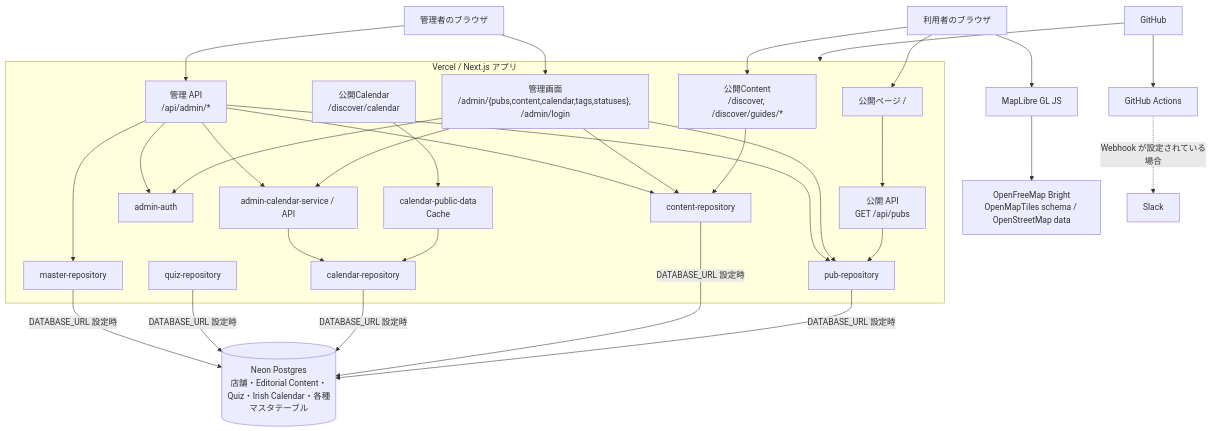
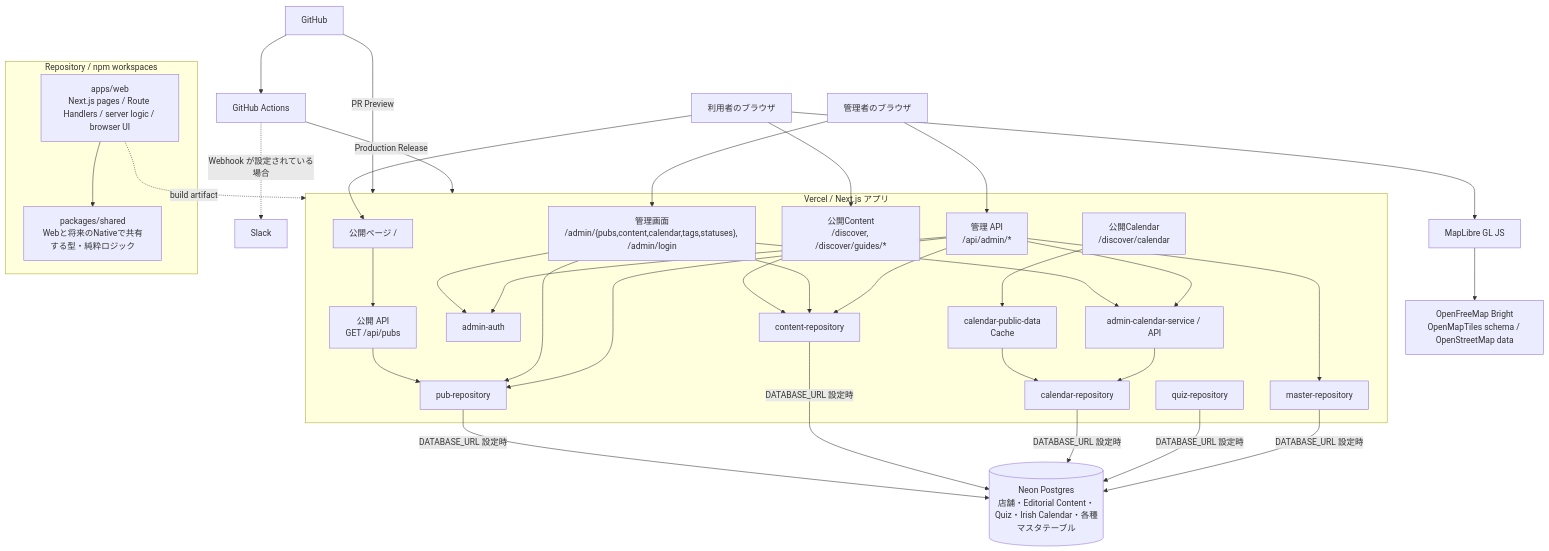
Before and after one commit to yusukefr/irishpub-map: the diagram in docs/architecture/system-overview.md, drawn with Mermaid. The commit also changed other lines of this file and 5 other files, not shown here.

First line of the commit message:
[Docs] Architecture・テスト・開発運用文書をMobile準備に同期 (#667)

````diff
--- a/docs/architecture/system-overview.md
+++ b/docs/architecture/system-overview.md
@@ -7,62 +7,71 @@
 ```mermaid
 flowchart TB
   visitor[利用者のブラウザ]
   administrator[管理者のブラウザ]
   maplibre[MapLibre GL JS]
   mapProvider[OpenFreeMap Bright<br/>OpenMapTiles schema / OpenStreetMap data]
   github[GitHub]
   actions[GitHub Actions]
   slack[Slack]
 
   subgraph vercel[Vercel / Next.js アプリ]
     publicPage["公開ページ /"]
     contentPage["公開Content<br/>/discover, /discover/guides/*"]
     calendarPage["公開Calendar<br/>/discover/calendar"]
     publicApi["公開 API<br/>GET /api/pubs"]
     adminPage["管理画面<br/>/admin/{pubs,content,calendar,tags,statuses}, /admin/login"]
     adminApi["管理 API<br/>/api/admin/*"]
     auth[admin-auth]
     repository[pub-repository]
     contentRepository[content-repository]
     calendarDataLoader[calendar-public-data<br/>Cache]
     calendarRepository[calendar-repository]
     adminCalendarService[admin-calendar-service / API]
     quizRepository[quiz-repository]
     masterRepository[master-repository]
+  end
+
+  subgraph workspace[Repository / npm workspaces]
+    webApp[apps/web<br/>Next.js pages / Route Handlers / server logic / browser UI]
+    shared[packages/shared<br/>Webと将来のNativeで共有する型・純粋ロジック]
   end
 
   neon[(Neon Postgres<br/>店舗・Editorial Content・Quiz・Irish Calendar・各種マスタテーブル)]
 
   visitor --> publicPage
   visitor --> contentPage
   publicPage --> publicApi
   contentPage --> contentRepository
   calendarPage --> calendarDataLoader
   calendarDataLoader --> calendarRepository
   publicApi --> repository
   visitor --> maplibre
   maplibre --> mapProvider
 
   administrator --> adminPage
   administrator --> adminApi
   adminPage --> auth
   adminPage --> repository
   adminPage --> contentRepository
   adminPage --> adminCalendarService
   adminApi --> auth
   adminApi --> repository
   adminApi --> contentRepository
   adminApi --> adminCalendarService
   adminCalendarService --> calendarRepository
   adminApi --> masterRepository
 
   repository -->|"DATABASE_URL 設定時"| neon
   contentRepository -->|"DATABASE_URL 設定時"| neon
   calendarRepository -->|"DATABASE_URL 設定時"| neon
   quizRepository -->|"DATABASE_URL 設定時"| neon
   masterRepository -->|"DATABASE_URL 設定時"| neon
 
   github --> actions
-  github --> vercel
+  github -->|PR Preview| vercel
+  actions -->|Production Release| vercel
   actions -.->|"Webhook が設定されている場合"| slack
+
+  webApp -.->|build artifact| vercel
+  webApp --> shared
 ```
````
